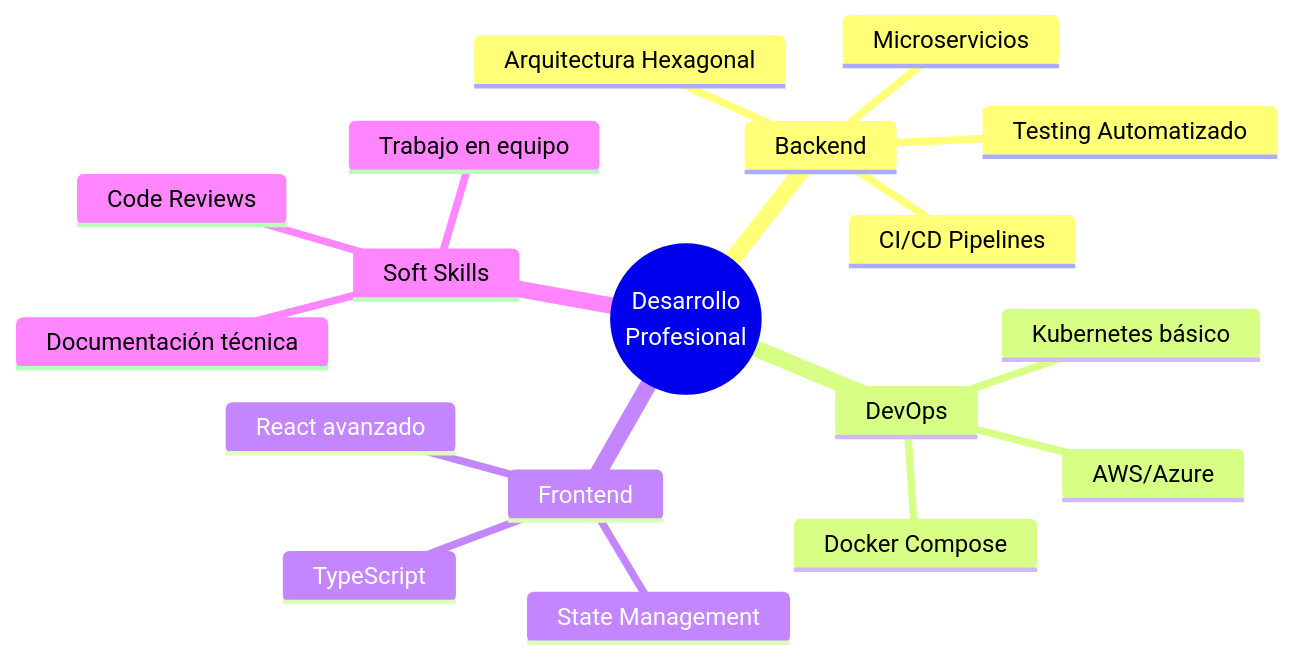
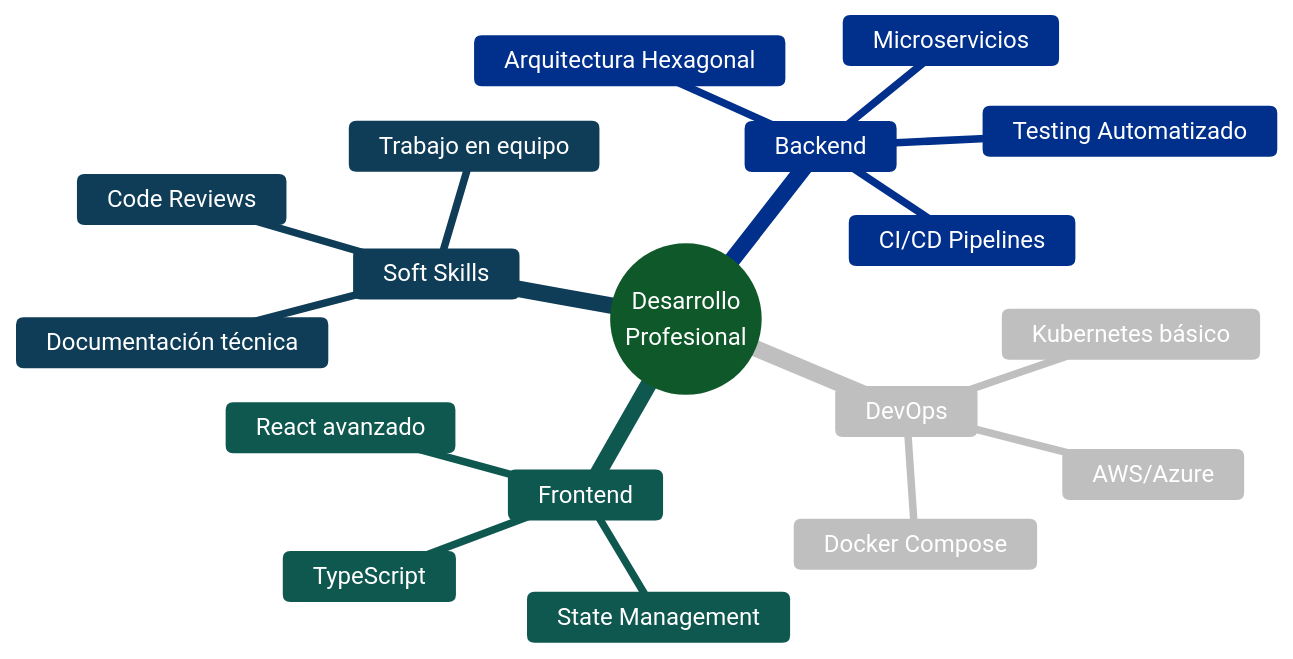
The diagram in README.md (nsilcre/nsilcre), drawn with Mermaid before and after one commit. The commit also changed other lines of this file, not shown here.

````diff
--- a/README.md
+++ b/README.md
@@ -154,22 +134,23 @@
 ```mermaid
+%%{init: {'theme':'base', 'themeVariables': { 'primaryColor':'#22c55e', 'primaryTextColor':'#fff', 'primaryBorderColor':'#0b5fff', 'lineColor':'#22c55e', 'secondaryColor':'#0b5fff', 'tertiaryColor':'#fff'}}}%%
 mindmap
   root((Desarrollo
     Profesional))
     Backend
       Testing Automatizado
       CI/CD Pipelines
       Arquitectura Hexagonal
       Microservicios
     DevOps
       Docker Compose
       Kubernetes básico
       AWS/Azure
     Frontend
       React avanzado
       State Management
       TypeScript
     Soft Skills
       Documentación técnica
       Code Reviews
       Trabajo en equipo
 ```
````
